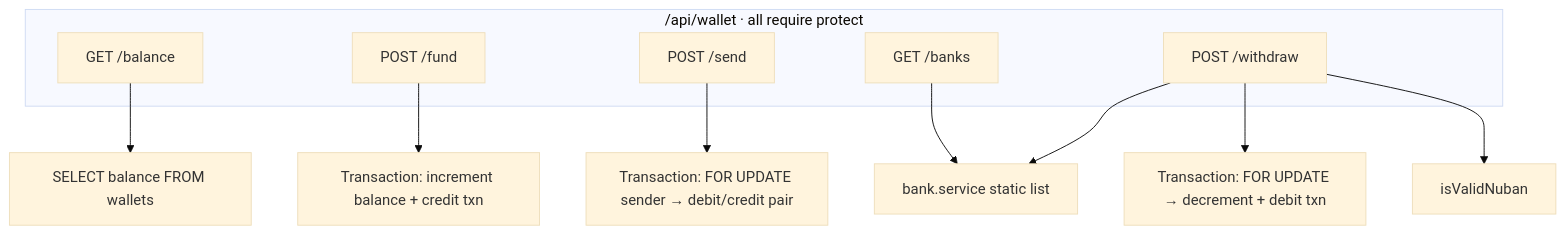
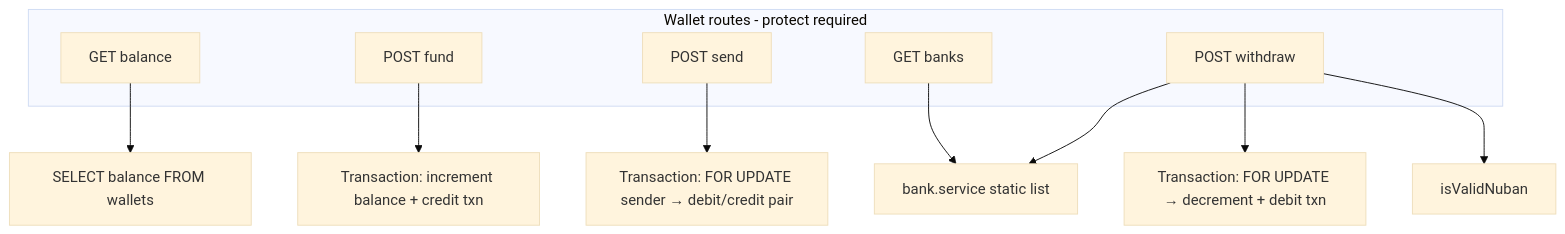
One commit to Anaboy01/Demo-Credit changed the sixth of 7 diagrams in Architecture.md. Above: the diagram before and after it, drawn with Mermaid (base theme). The commit also changed other lines of this file, not shown here.

First line of the commit message:
fix(docs): quote Mermaid labels so GitHub can render Architecture.md

````diff
--- a/Architecture.md
+++ b/Architecture.md
@@ -282,18 +282,18 @@
 ```mermaid
 flowchart TB
-    subgraph Wallet API["/api/wallet · all require protect"]
-        BAL[GET /balance]
-        FUND[POST /fund]
-        SEND[POST /send]
-        BANKS[GET /banks]
-        WDR[POST /withdraw]
+    subgraph WalletAPI["Wallet routes - protect required"]
+        BAL["GET balance"]
+        FUND["POST fund"]
+        SEND["POST send"]
+        BANKS["GET banks"]
+        WDR["POST withdraw"]
     end
 
     BAL --> R1[SELECT balance FROM wallets]
     FUND --> T1["Transaction: increment balance + credit txn"]
     SEND --> T2["Transaction: FOR UPDATE sender → debit/credit pair"]
     BANKS --> BS[bank.service static list]
     WDR --> T3["Transaction: FOR UPDATE → decrement + debit txn"]
     WDR --> BS
     WDR --> NUBAN[isValidNuban]
 ```
````
